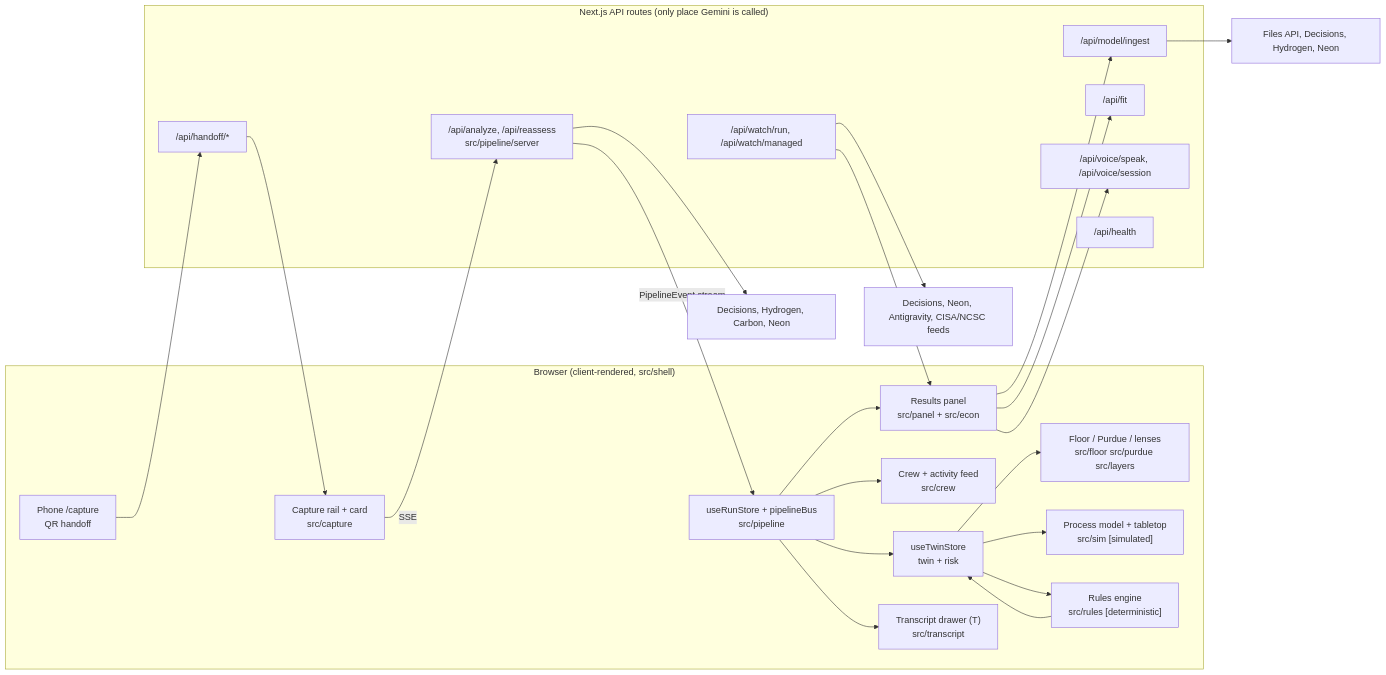
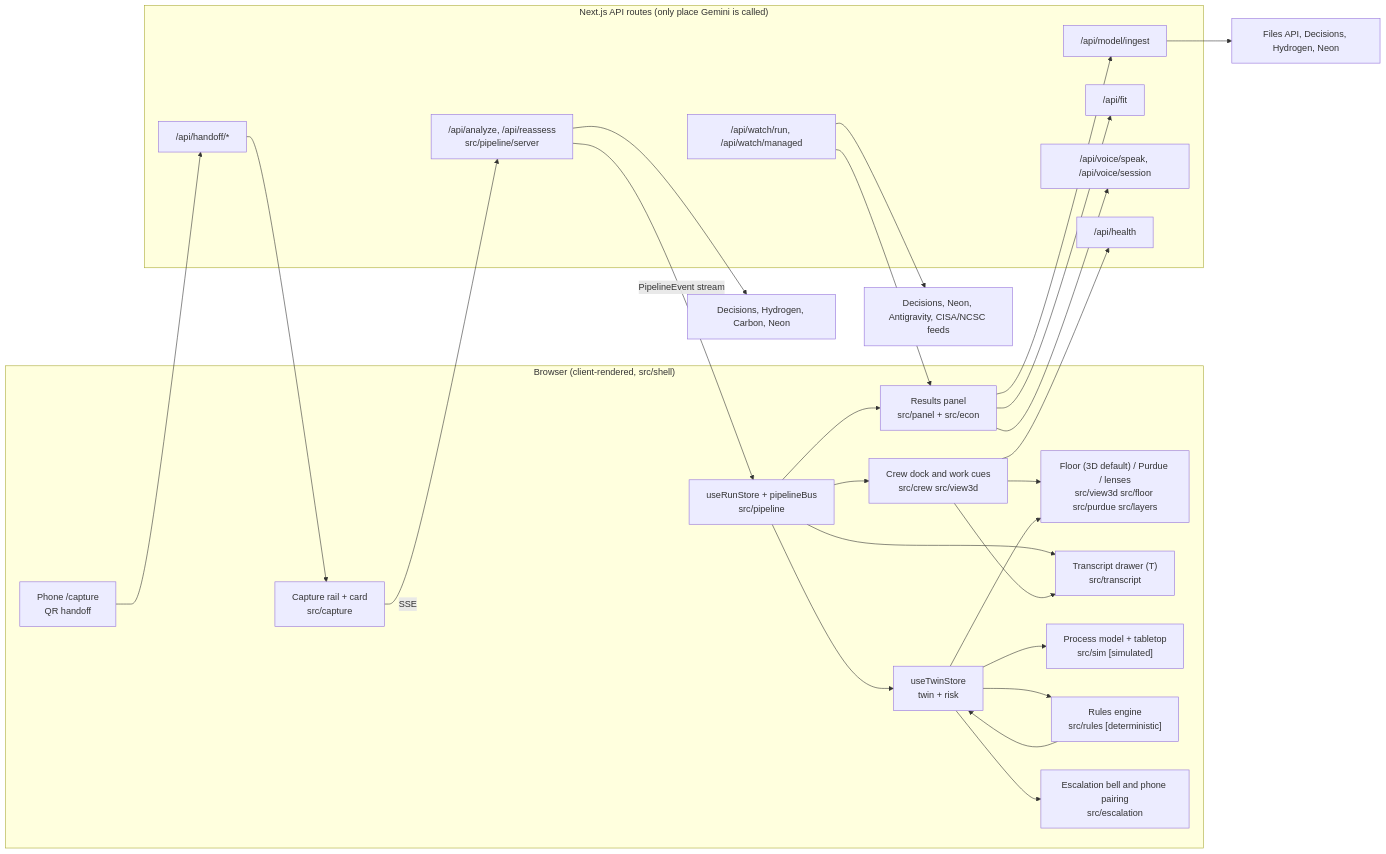
The diagram in docs/ARCHITECTURE.md (FodelaO/Pyre-Witness), drawn with Mermaid before and after one commit. The commit also changed other lines of this file and 5 other files, not shown here.

````diff
--- a/docs/ARCHITECTURE.md
+++ b/docs/ARCHITECTURE.md
@@ -9,35 +9,38 @@
 ```mermaid
 flowchart LR
   subgraph Browser["Browser (client-rendered, src/shell)"]
     Cap["Capture rail + card<br/>src/capture"]
     Phone["Phone /capture<br/>QR handoff"]
     Run["useRunStore + pipelineBus<br/>src/pipeline"]
     Twin["useTwinStore<br/>twin + risk"]
-    Views["Floor / Purdue / lenses<br/>src/floor src/purdue src/layers"]
-    Crew["Crew + activity feed<br/>src/crew"]
+    Views["Floor (3D default) / Purdue / lenses<br/>src/view3d src/floor src/purdue src/layers"]
+    Crew["Crew dock and work cues<br/>src/crew src/view3d"]
     Panel["Results panel<br/>src/panel + src/econ"]
     Tx["Transcript drawer (T)<br/>src/transcript"]
     Sim["Process model + tabletop<br/>src/sim [simulated]"]
     Rules["Rules engine<br/>src/rules [deterministic]"]
+    Escalation["Escalation bell and phone pairing<br/>src/escalation"]
   end
   subgraph Server["Next.js API routes (only place Gemini is called)"]
     Analyze["/api/analyze, /api/reassess<br/>src/pipeline/server"]
     Watch["/api/watch/run, /api/watch/managed"]
     Model["/api/model/ingest"]
     Fit["/api/fit"]
     Voice["/api/voice/speak, /api/voice/session"]
     Health["/api/health"]
     Handoff["/api/handoff/*"]
   end
   Phone --> Handoff --> Cap
   Cap -->|"SSE"| Analyze
   Analyze -->|"PipelineEvent stream"| Run
   Run --> Crew & Panel & Tx & Twin
+  Crew --> Views & Tx
+  Crew --> Health
   Twin --> Rules --> Twin
-  Twin --> Views & Sim
+  Twin --> Views & Sim & Escalation
   Panel --> Fit & Voice & Model
   Watch --> Panel
   Analyze --> G["Decisions, Hydrogen, Carbon, Neon"]
   Watch --> G2["Decisions, Neon, Antigravity, CISA/NCSC feeds"]
   Model --> G3["Files API, Decisions, Hydrogen, Neon"]
 ```
````
